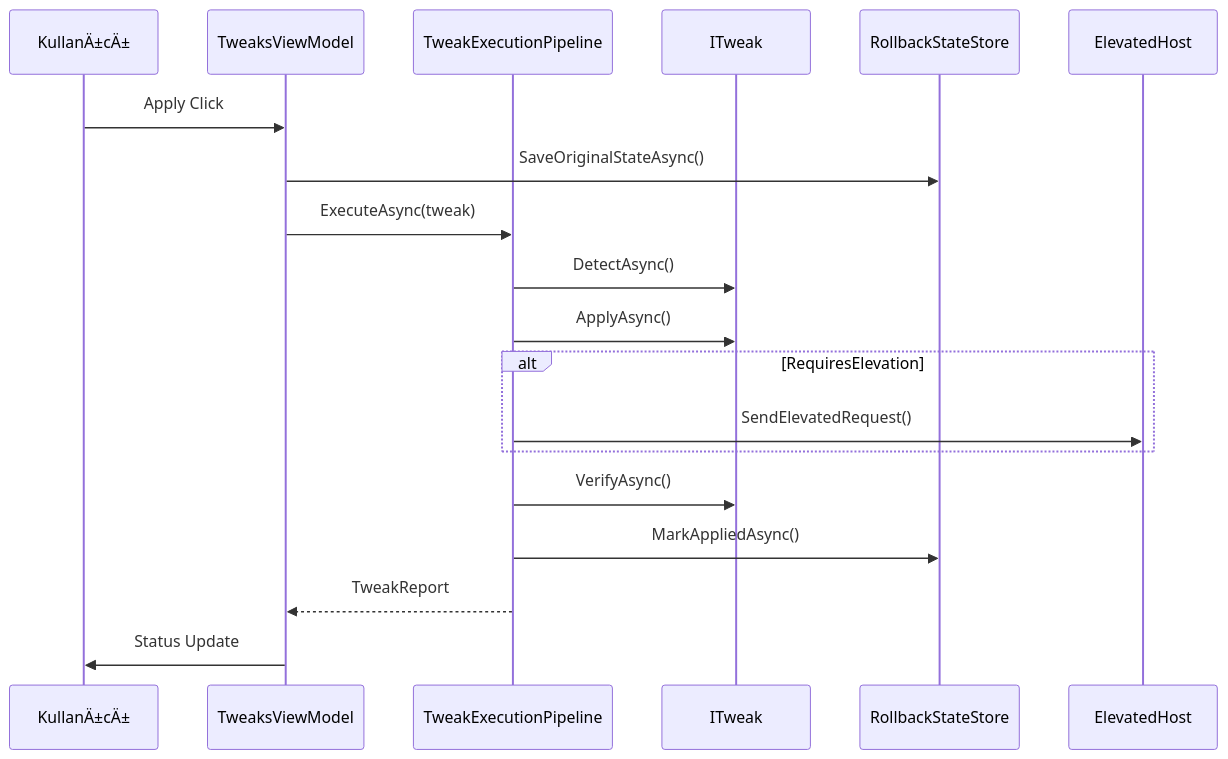
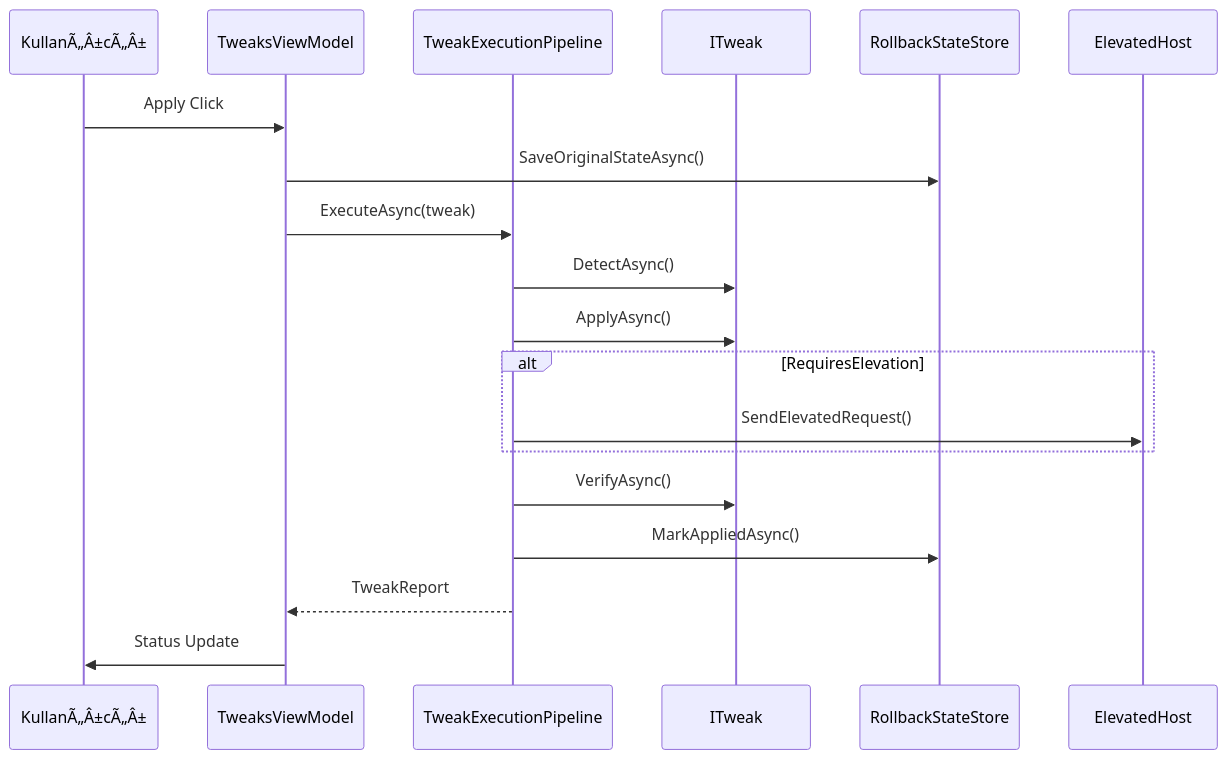
Before and after one commit to siklone/RegProbe: the seventh of 7 diagrams in Docs/ARCHITECTURE_DEEP_DIVE.md, drawn with Mermaid. The commit also changed other lines of this file and 9 other files, not shown here.

````diff
--- a/Docs/ARCHITECTURE_DEEP_DIVE.md
+++ b/Docs/ARCHITECTURE_DEEP_DIVE.md
@@ -286,22 +286,22 @@
 ```mermaid
 sequenceDiagram
-    participant User as KullanÄ±cÄ±
+    participant User as KullanÃ„Â±cÃ„Â±
     participant VM as TweaksViewModel
     participant Pipe as TweakExecutionPipeline
     participant Tweak as ITweak
     participant Store as RollbackStateStore
     participant Host as ElevatedHost
 
     User->>VM: Apply Click
     VM->>Store: SaveOriginalStateAsync()
     VM->>Pipe: ExecuteAsync(tweak)
     Pipe->>Tweak: DetectAsync()
     Pipe->>Tweak: ApplyAsync()
     alt RequiresElevation
         Pipe->>Host: SendElevatedRequest()
     end
     Pipe->>Tweak: VerifyAsync()
     Pipe->>Store: MarkAppliedAsync()
     Pipe-->>VM: TweakReport
     VM->>User: Status Update
 ```
````
